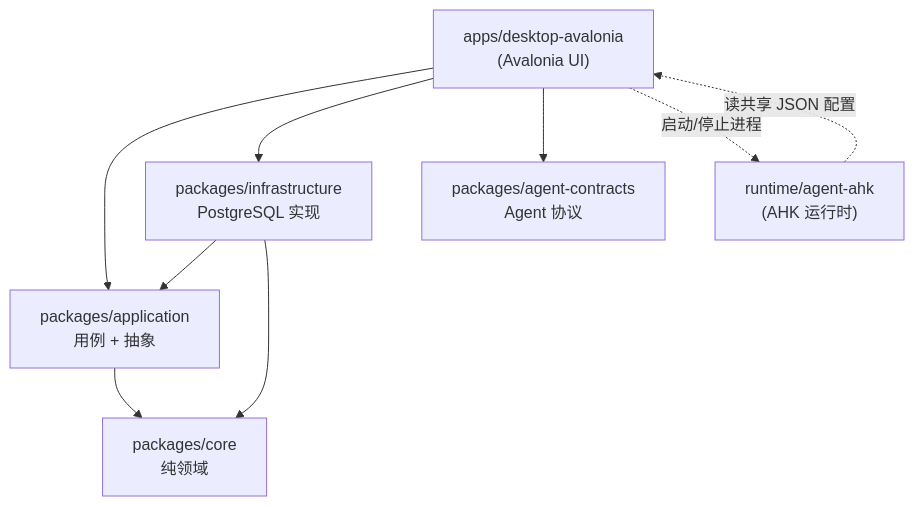
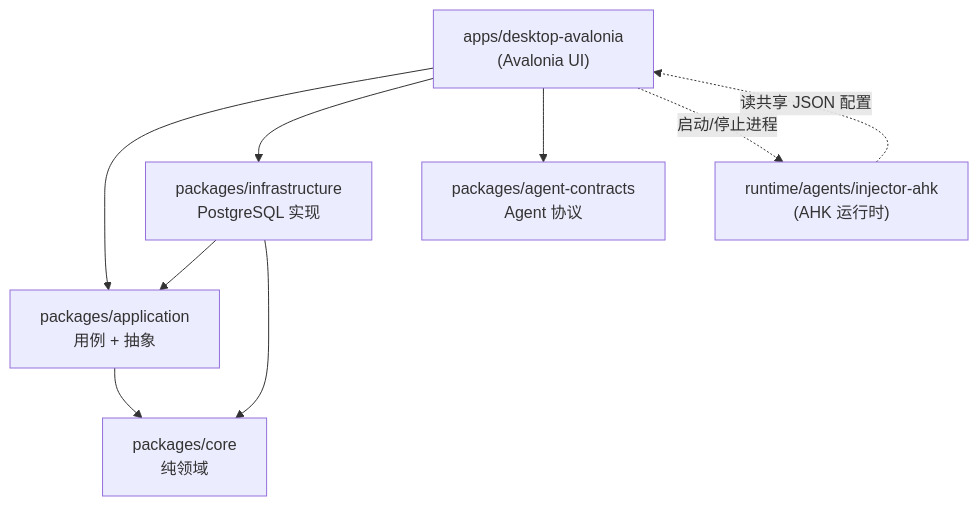
The diagram in docs/architecture/layering.md (pacmandoh/pactoolkits), drawn with Mermaid before and after one commit. The commit also changed other lines of this file and 93 other files, not shown here.

First line of the commit message:
feat: manifest v2, multi-agent runtime, and release CI

````diff
--- a/docs/architecture/layering.md
+++ b/docs/architecture/layering.md
@@ -7,18 +7,18 @@
 ```mermaid
 flowchart TB
     UI["apps/desktop-avalonia\n(Avalonia UI)"]
     APP["packages/application\n用例 + 抽象"]
     INF["packages/infrastructure\nPostgreSQL 实现"]
     CORE["packages/core\n纯领域"]
     AGENT["packages/agent-contracts\nAgent 协议"]
-    AHK["runtime/agent-ahk\n(AHK 运行时)"]
+    AHK["runtime/agents/injector-ahk\n(AHK 运行时)"]
 
     UI --> APP
     UI --> INF
     UI --> AGENT
     INF --> APP
     INF --> CORE
     APP --> CORE
     AHK -.->|读共享 JSON 配置| UI
     UI -.->|启动/停止进程| AHK
 ```
````
